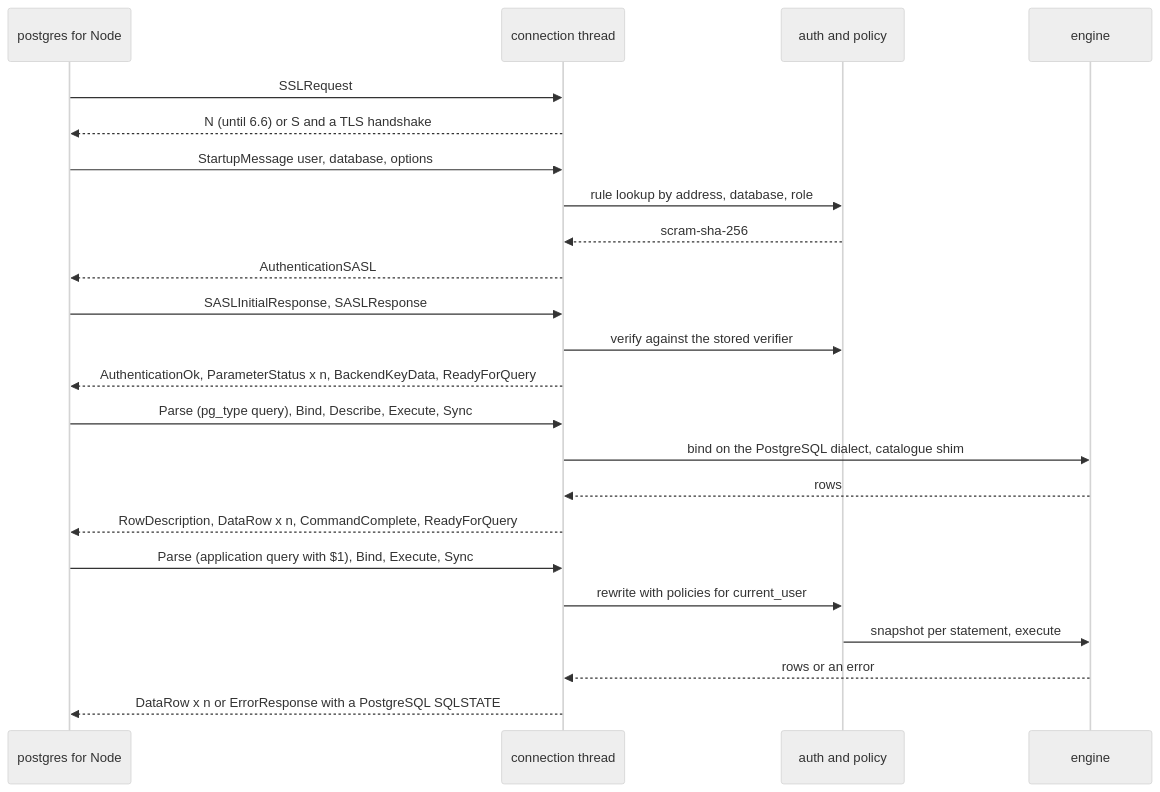
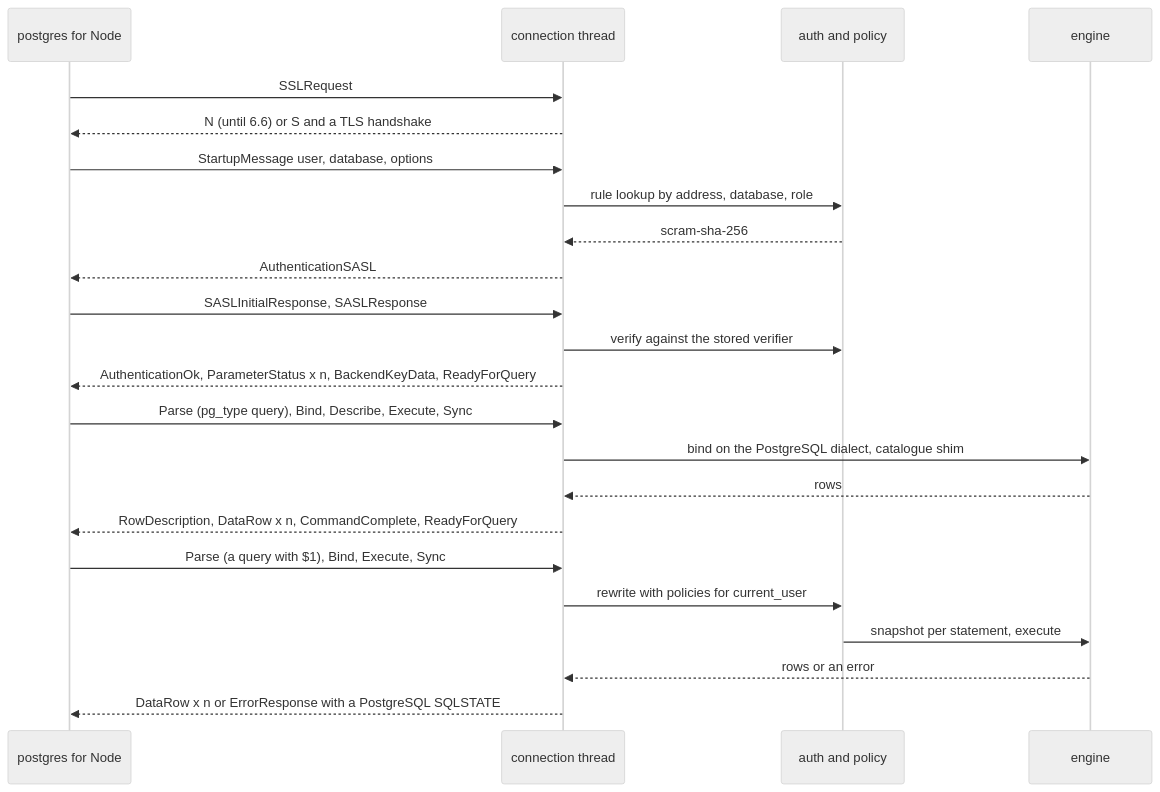
The second of 3 diagrams in tasks/task-1998-postgres-parity-tdd.md (jasonmcaffee/inillucent), drawn with Mermaid (neutral theme) before and after one commit. The commit also changed other lines of this file and 1 other file, not shown here.

````diff
--- a/tasks/task-1998-postgres-parity-tdd.md
+++ b/tasks/task-1998-postgres-parity-tdd.md
@@ -678,25 +667,25 @@
 ```mermaid
 sequenceDiagram
     participant C as postgres for Node
     participant T as connection thread
     participant A as auth and policy
     participant E as engine
     C->>T: SSLRequest
     T-->>C: N (until 6.6) or S and a TLS handshake
     C->>T: StartupMessage user, database, options
     T->>A: rule lookup by address, database, role
     A-->>T: scram-sha-256
     T-->>C: AuthenticationSASL
     C->>T: SASLInitialResponse, SASLResponse
     T->>A: verify against the stored verifier
     T-->>C: AuthenticationOk, ParameterStatus x n, BackendKeyData, ReadyForQuery
     C->>T: Parse (pg_type query), Bind, Describe, Execute, Sync
     T->>E: bind on the PostgreSQL dialect, catalogue shim
     E-->>T: rows
     T-->>C: RowDescription, DataRow x n, CommandComplete, ReadyForQuery
-    C->>T: Parse (application query with $1), Bind, Execute, Sync
+    C->>T: Parse (a query with $1), Bind, Execute, Sync
     T->>A: rewrite with policies for current_user
     A->>E: snapshot per statement, execute
     E-->>T: rows or an error
     T-->>C: DataRow x n or ErrorResponse with a PostgreSQL SQLSTATE
 ```
````
